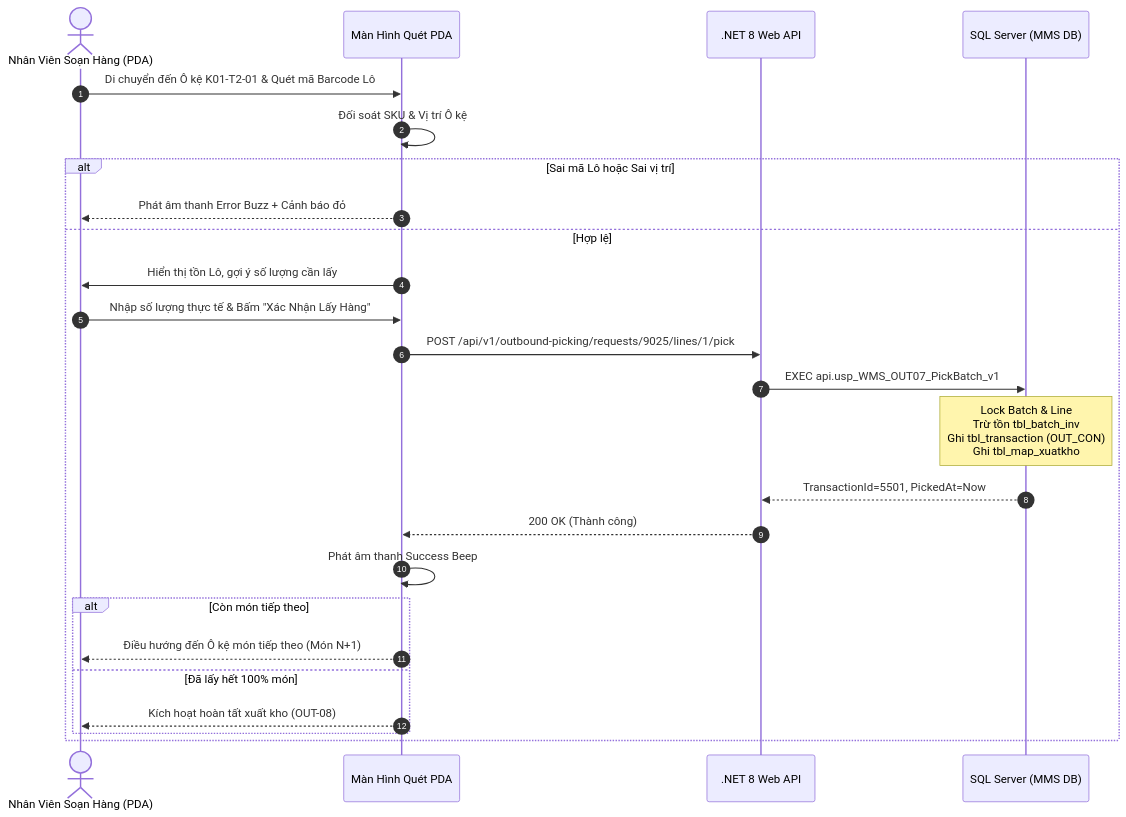
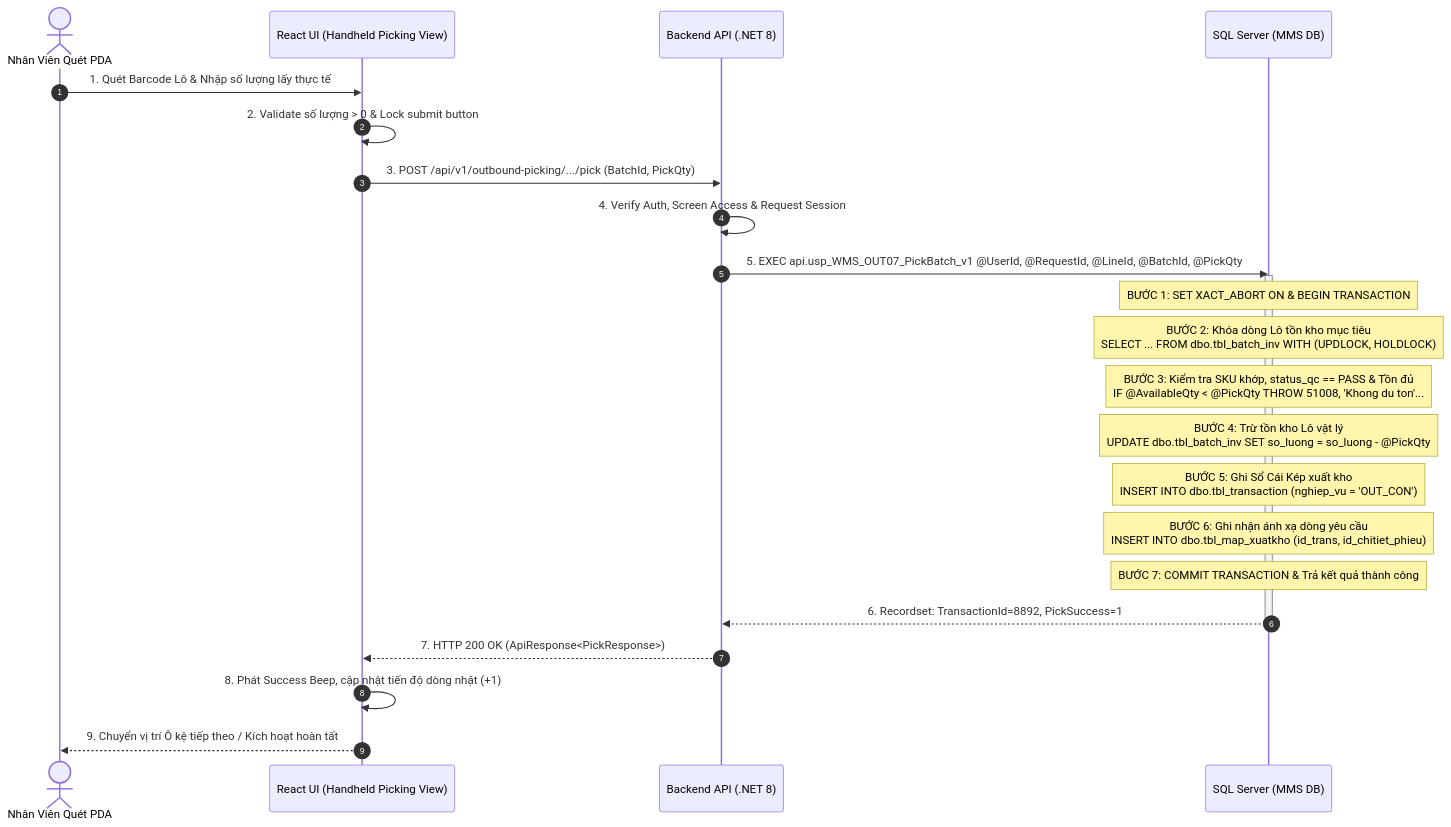
One commit to Sohoa-KNSG/mms changed the third of 4 diagrams in docs/03-use-cases/UC-22_OUT-07.md. Above: the diagram before and after it, drawn with Mermaid. The commit also changed other lines of this file and 18 other files, not shown here.

Commit message:
docs: add internal Stored Procedure execution order and transaction logic steps to Sequence Diagrams across all use cases

````diff
--- a/docs/03-use-cases/UC-22_OUT-07.md
+++ b/docs/03-use-cases/UC-22_OUT-07.md
@@ -148,28 +148,30 @@
 ```mermaid
 sequenceDiagram
     autonumber
-    actor Picker as Nhân Viên Soạn Hàng (PDA)
-    participant PDA as Màn Hình Quét PDA
-    participant API as .NET 8 Web API
+    actor User as Nhân Viên Quét PDA
+    participant UI as React UI (Handheld Picking View)
+    participant API as Backend API (.NET 8)
     participant DB as SQL Server (MMS DB)
 
-    Picker->>PDA: Di chuyển đến Ô kệ K01-T2-01 & Quét mã Barcode Lô
-    PDA->>PDA: Đối soát SKU & Vị trí Ô kệ
-    alt Sai mã Lô hoặc Sai vị trí
-        PDA-->>Picker: Phát âm thanh Error Buzz + Cảnh báo đỏ
-    else Hợp lệ
-        PDA->>Picker: Hiển thị tồn Lô, gợi ý số lượng cần lấy
-        Picker->>PDA: Nhập số lượng thực tế & Bấm "Xác Nhận Lấy Hàng"
-        PDA->>API: POST /api/v1/outbound-picking/requests/9025/lines/1/pick
-        API->>DB: EXEC api.usp_WMS_OUT07_PickBatch_v1
-        Note over DB: Lock Batch & Line<br/>Trừ tồn tbl_batch_inv<br/>Ghi tbl_transaction (OUT_CON)<br/>Ghi tbl_map_xuatkho
-        DB-->>API: TransactionId=5501, PickedAt=Now
-        API-->>PDA: 200 OK (Thành công)
-        PDA->>PDA: Phát âm thanh Success Beep
-        alt Còn món tiếp theo
-            PDA-->>Picker: Điều hướng đến Ô kệ món tiếp theo (Món N+1)
-        else Đã lấy hết 100% món
-            PDA-->>Picker: Kích hoạt hoàn tất xuất kho (OUT-08)
-        end
-    end
+    User->>UI: 1. Quét Barcode Lô & Nhập số lượng lấy thực tế
+    UI->>UI: 2. Validate số lượng > 0 & Lock submit button
+    UI->>API: 3. POST /api/v1/outbound-picking/.../pick (BatchId, PickQty)
+    
+    API->>API: 4. Verify Auth, Screen Access & Request Session
+    API->>DB: 5. EXEC api.usp_WMS_OUT07_PickBatch_v1 @UserId, @RequestId, @LineId, @BatchId, @PickQty
+    
+    activate DB
+    Note over DB: BƯỚC 1: SET XACT_ABORT ON & BEGIN TRANSACTION
+    Note over DB: BƯỚC 2: Khóa dòng Lô tồn kho mục tiêu<br/>SELECT ... FROM dbo.tbl_batch_inv WITH (UPDLOCK, HOLDLOCK)
+    Note over DB: BƯỚC 3: Kiểm tra SKU khớp, status_qc == PASS & Tồn đủ<br/>IF @AvailableQty < @PickQty THROW 51008, 'Khong du ton'...
+    Note over DB: BƯỚC 4: Trừ tồn kho Lô vật lý<br/>UPDATE dbo.tbl_batch_inv SET so_luong = so_luong - @PickQty
+    Note over DB: BƯỚC 5: Ghi Sổ Cái Kép xuất kho<br/>INSERT INTO dbo.tbl_transaction (nghiep_vu = 'OUT_CON')
+    Note over DB: BƯỚC 6: Ghi nhận ánh xạ dòng yêu cầu<br/>INSERT INTO dbo.tbl_map_xuatkho (id_trans, id_chitiet_phieu)
+    Note over DB: BƯỚC 7: COMMIT TRANSACTION & Trả kết quả thành công
+    DB-->>API: 6. Recordset: TransactionId=8892, PickSuccess=1
+    deactivate DB
+
+    API-->>UI: 7. HTTP 200 OK (ApiResponse<PickResponse>)
+    UI->>UI: 8. Phát Success Beep, cập nhật tiến độ dòng nhặt (+1)
+    UI-->>User: 9. Chuyển vị trí Ô kệ tiếp theo / Kích hoạt hoàn tất
 ```
````
